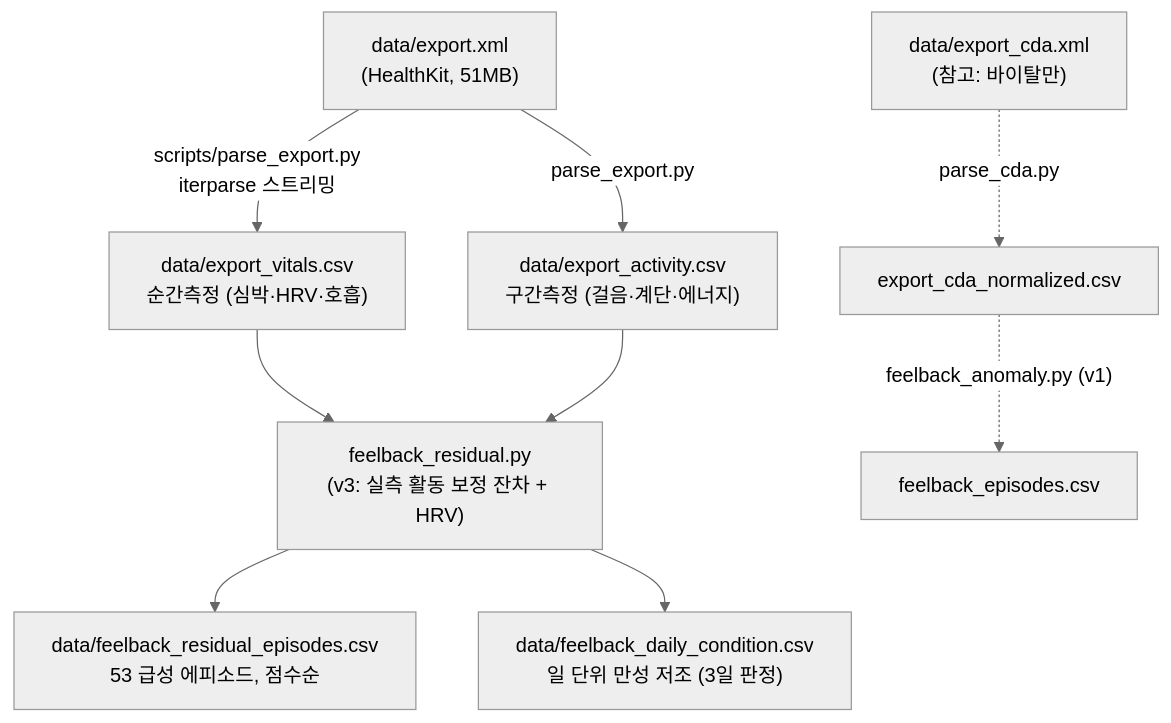
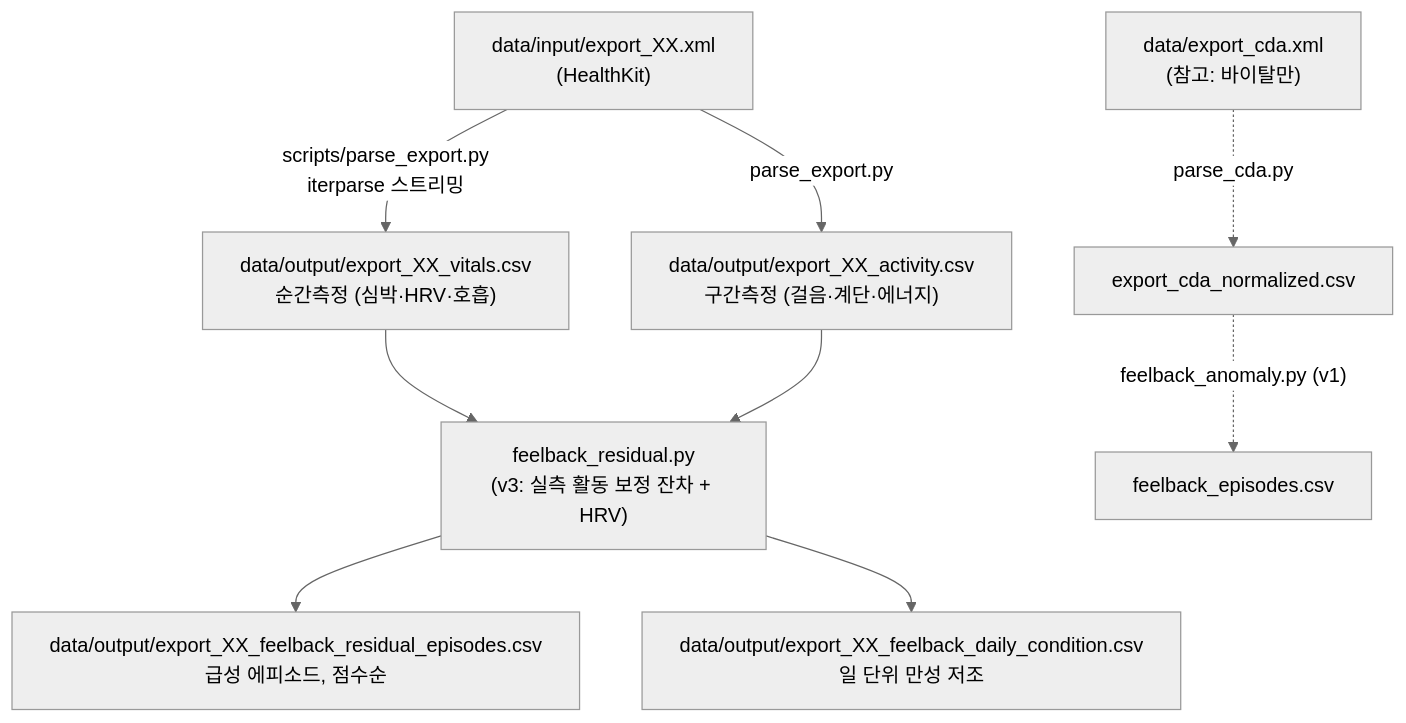
The diagram in docs/feelback_model.md (rlakdus/yology), drawn with Mermaid (neutral theme) before and after one commit. The commit also changed other lines of this file and 3 other files, not shown here.

First line of the commit message:
feat: 사람별 HealthKit 파싱·탐지 파이프라인과 입출력 구조 분리

````diff
--- a/docs/feelback_model.md
+++ b/docs/feelback_model.md
@@ -21,12 +41,12 @@
 ```mermaid
 flowchart TD
-    X["data/export.xml<br/>(HealthKit, 51MB)"] -->|"scripts/parse_export.py<br/>iterparse 스트리밍"| V["data/export_vitals.csv<br/>순간측정 (심박·HRV·호흡)"]
-    X -->|"parse_export.py"| ACT["data/export_activity.csv<br/>구간측정 (걸음·계단·에너지)"]
+    X["data/input/export_XX.xml<br/>(HealthKit)"] -->|"scripts/parse_export.py<br/>iterparse 스트리밍"| V["data/output/export_XX_vitals.csv<br/>순간측정 (심박·HRV·호흡)"]
+    X -->|"parse_export.py"| ACT["data/output/export_XX_activity.csv<br/>구간측정 (걸음·계단·에너지)"]
     V --> M["feelback_residual.py<br/>(v3: 실측 활동 보정 잔차 + HRV)"]
     ACT --> M
-    M --> E["data/feelback_residual_episodes.csv<br/>53 급성 에피소드, 점수순"]
-    M --> DC["data/feelback_daily_condition.csv<br/>일 단위 만성 저조 (3일 판정)"]
+    M --> E["data/output/export_XX_feelback_residual_episodes.csv<br/>급성 에피소드, 점수순"]
+    M --> DC["data/output/export_XX_feelback_daily_condition.csv<br/>일 단위 만성 저조"]
 
     A["data/export_cda.xml<br/>(참고: 바이탈만)"] -.->|"parse_cda.py"| C["export_cda_normalized.csv"]
     C -.->|"feelback_anomaly.py (v1)"| D["feelback_episodes.csv"]
 ```
````
